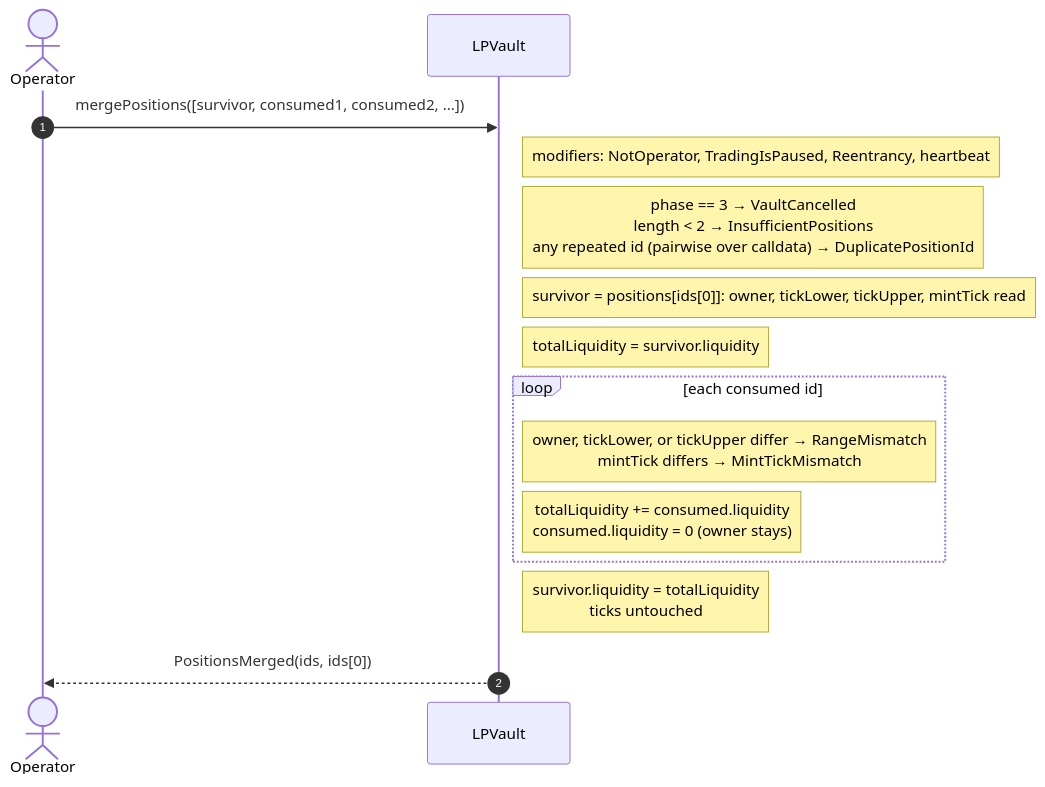
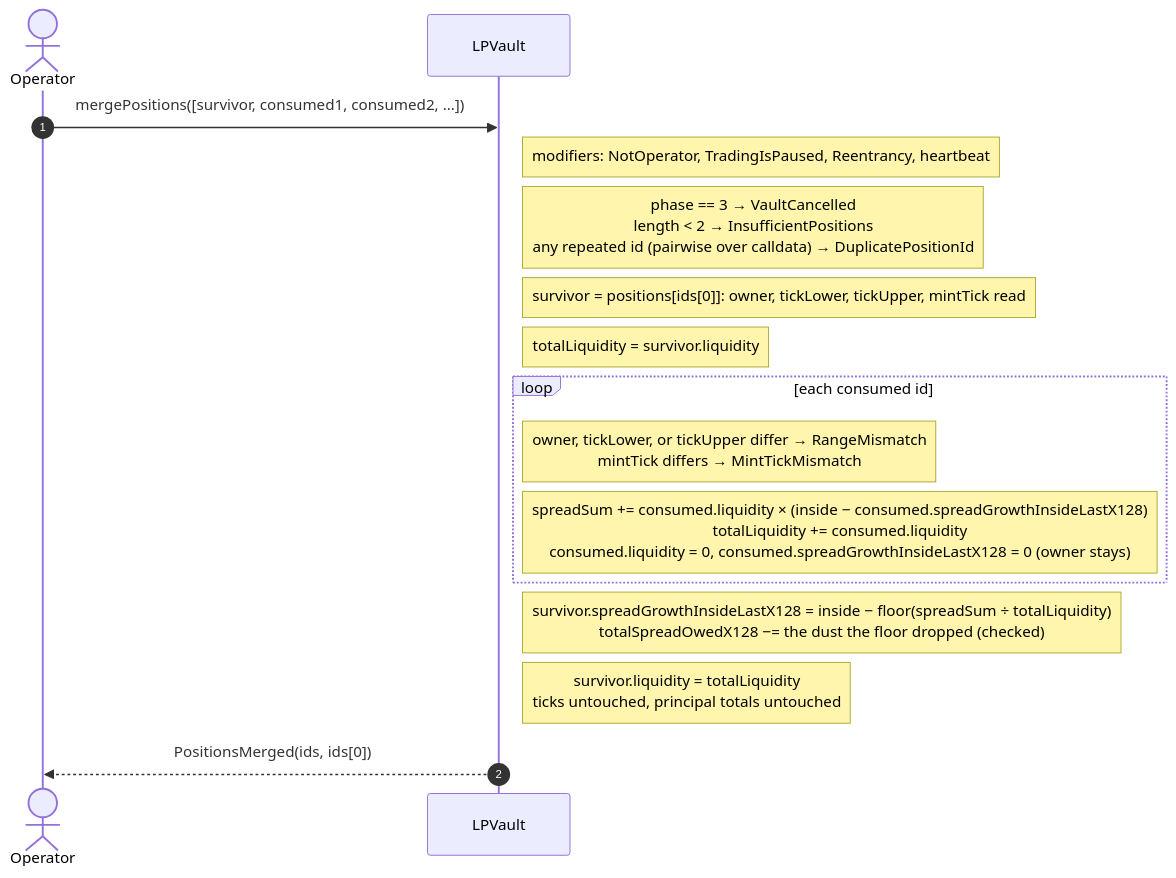
Diagram 12 of 22 in specs/FLOWS.md (ProphetMarket/lp-vaults), drawn with Mermaid before and after one commit. The commit also changed other lines of this file and 45 other files, not shown here.

First line of the commit message:
spec (vault): Specify the spread attribution per tick (R18)

````diff
--- a/specs/FLOWS.md
+++ b/specs/FLOWS.md
@@ -348,18 +360,19 @@
 ```mermaid
 sequenceDiagram
     autonumber
     actor Operator
     participant Vault as LPVault
 
     Operator->>Vault: mergePositions([survivor, consumed1, consumed2, ...])
     Note right of Vault: modifiers: NotOperator, TradingIsPaused, Reentrancy, heartbeat
     Note right of Vault: phase == 3 → VaultCancelled<br/>length < 2 → InsufficientPositions<br/>any repeated id (pairwise over calldata) → DuplicatePositionId
     Note right of Vault: survivor = positions[ids[0]]: owner, tickLower, tickUpper, mintTick read
     Note right of Vault: totalLiquidity = survivor.liquidity
     loop each consumed id
         Note right of Vault: owner, tickLower, or tickUpper differ → RangeMismatch<br/>mintTick differs → MintTickMismatch
-        Note right of Vault: totalLiquidity += consumed.liquidity<br/>consumed.liquidity = 0 (owner stays)
+        Note right of Vault: spreadSum += consumed.liquidity × (inside − consumed.spreadGrowthInsideLastX128)<br/>totalLiquidity += consumed.liquidity<br/>consumed.liquidity = 0, consumed.spreadGrowthInsideLastX128 = 0 (owner stays)
     end
-    Note right of Vault: survivor.liquidity = totalLiquidity<br/>ticks untouched
+    Note right of Vault: survivor.spreadGrowthInsideLastX128 = inside − floor(spreadSum ÷ totalLiquidity)<br/>totalSpreadOwedX128 −= the dust the floor dropped (checked)
+    Note right of Vault: survivor.liquidity = totalLiquidity<br/>ticks untouched, principal totals untouched
     Vault-->>Operator: PositionsMerged(ids, ids[0])
 ```
````
